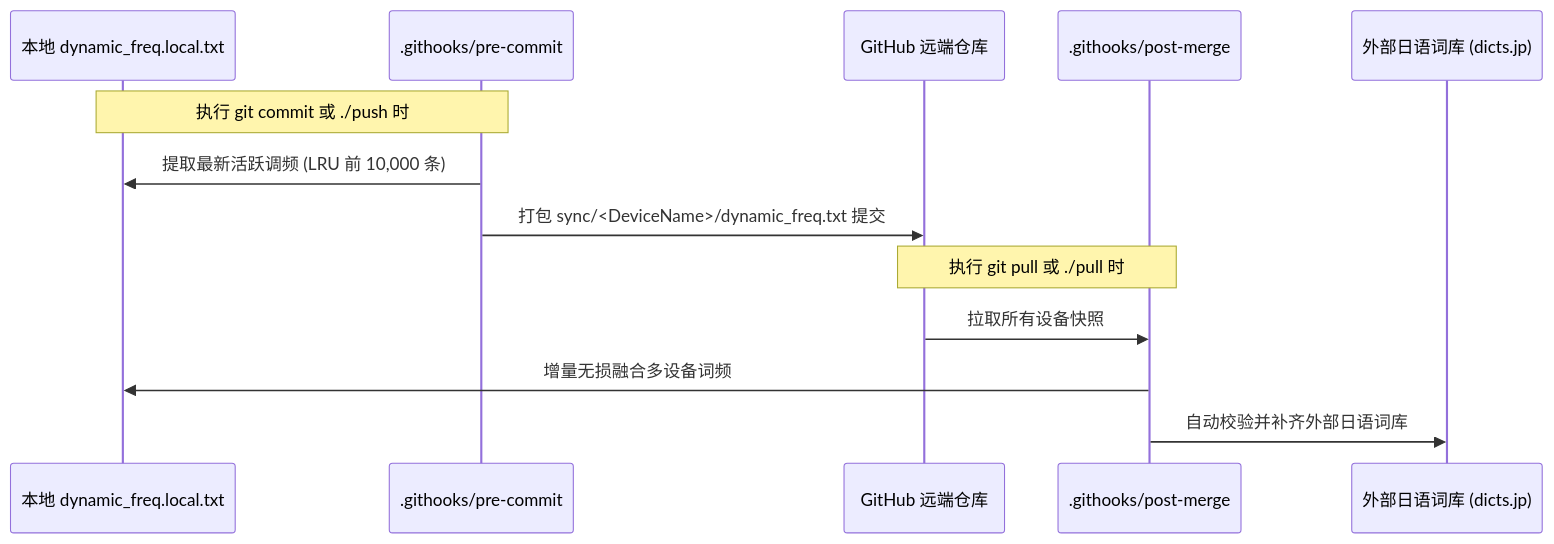
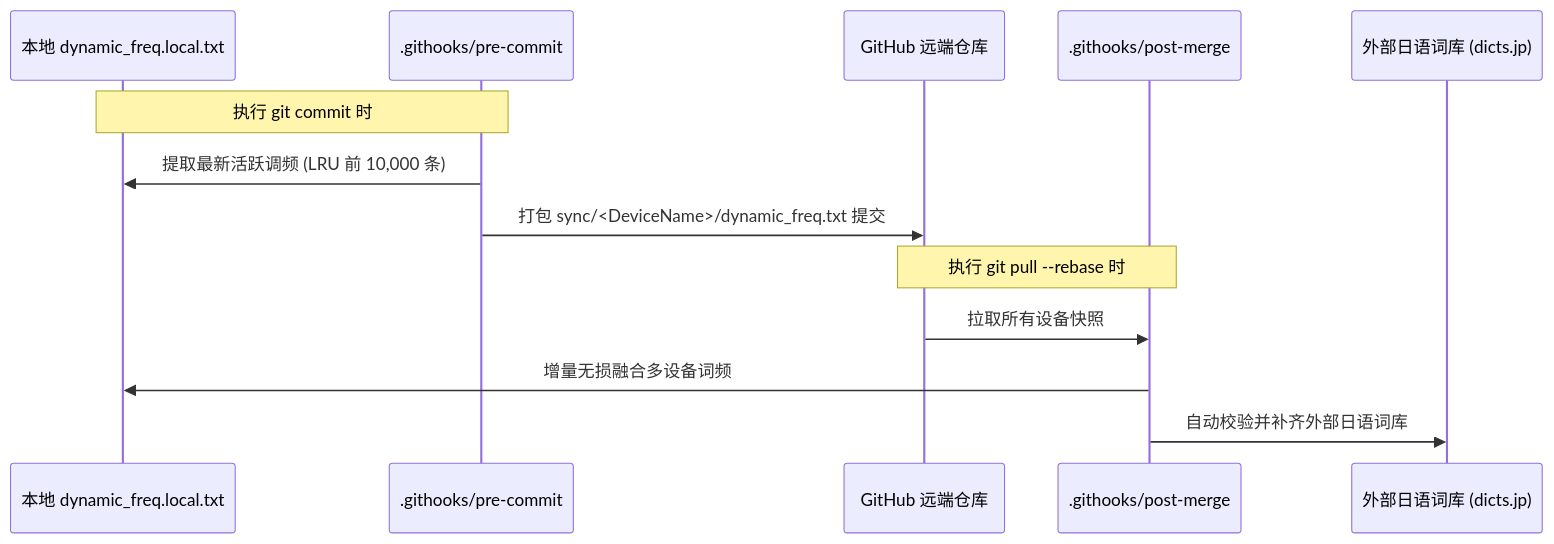
The second of 2 diagrams in documents/sbzr_advanced_usage_guide.md (iamcheyan/rime), drawn with Mermaid before and after one commit. The commit also changed 5 other files, not shown here.

Commit message:
chore: remove force sync scripts and document safe Git hook workflow

````diff
--- a/documents/sbzr_advanced_usage_guide.md
+++ b/documents/sbzr_advanced_usage_guide.md
@@ -80,17 +80,17 @@
 ```mermaid
 sequenceDiagram
     participant Local as 本地 dynamic_freq.local.txt
     participant HookPre as .githooks/pre-commit
     participant Git as GitHub 远端仓库
     participant HookPost as .githooks/post-merge
     participant Dicts as 外部日语词库 (dicts.jp)
 
-    Note over Local,HookPre: 执行 git commit 或 ./push 时
+    Note over Local,HookPre: 执行 git commit 时
     HookPre->>Local: 提取最新活跃调频 (LRU 前 10,000 条)
     HookPre->>Git: 打包 sync/<DeviceName>/dynamic_freq.txt 提交
 
-    Note over Git,HookPost: 执行 git pull 或 ./pull 时
+    Note over Git,HookPost: 执行 git pull --rebase 时
     Git->>HookPost: 拉取所有设备快照
     HookPost->>Local: 增量无损融合多设备词频
     HookPost->>Dicts: 自动校验并补齐外部日语词库
 ```
````
